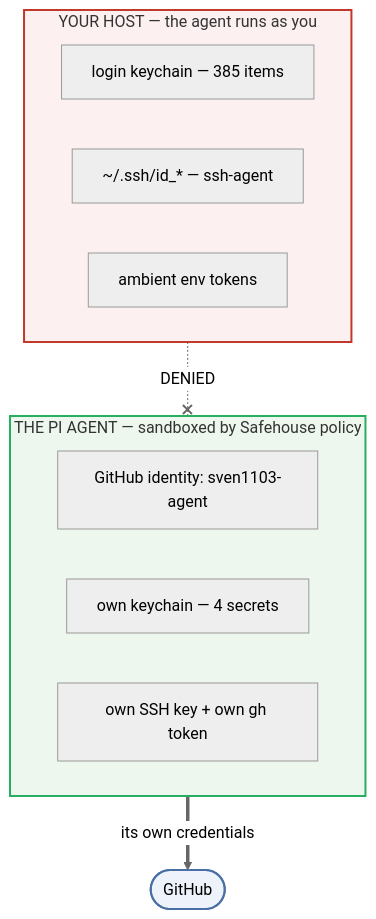
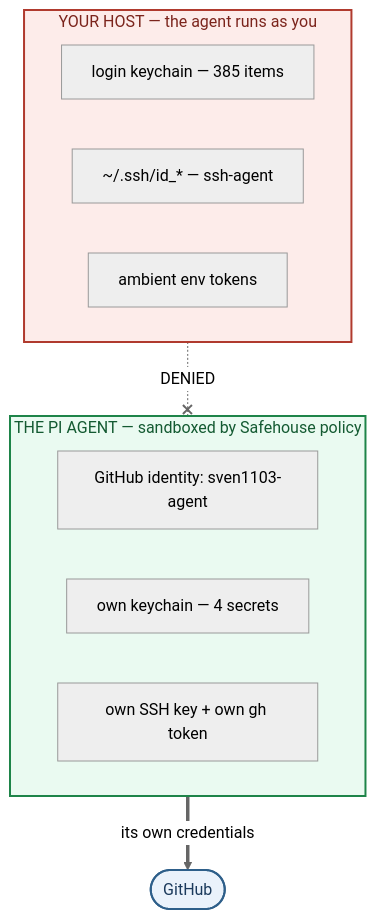
Before and after one commit to sven1103-agent/pi-sandbox-hardening: the first of 2 diagrams in README.md, drawn with Mermaid (neutral theme). The commit also changed other lines of this file, not shown here.

Commit message:
README: fix unreadable Mermaid labels in dark mode
Both figures set `fill:` on their styled nodes but never `color:`, so the
label text came from the theme. GitHub's dark theme renders it near-white,
on the light fills — measured from the supplied screenshots:

  YOUR HOST   subgraph title  white on #fdf0f0  ->  1.10:1
  THE PI AGENT subgraph title white on #eef7ee  ->  1.08:1
  GitHub       node label     white on #eef2fb  ->  1.00:1
  (unstyled card text, for contrast:              14.66:1)

WCAG AA wants 4.5:1, so the subgraph titles and the GitHub label were
effectively invisible, and the figures read as broken rather than dimmed.

Fix: pin `color:` on every styled element, so the text is themed
explicitly rather than inherited. Re-measured after rendering both figures
with mermaid-cli in dark AND light mode:

  dark   HOST title 16.55:1 · AGENT title 17.52:1 · safehouse 10.29:1
         grants 7.66:1 · launcher 7.66:1
  light  HOST title  8.70:1 · AGENT title  7.66:1

Fills are nudged slightly lighter and strokes darker, keeping the same
red/green/blue semantics. Both themes now clear AA comfortably.

````diff
--- a/README.md
+++ b/README.md
@@ -21,20 +21,20 @@
 ```mermaid
 flowchart TB
   subgraph HOST["YOUR HOST — the agent runs as you"]
     direction LR
     K1["login keychain — 385 items"]
     K2["~/.ssh/id_* — ssh-agent"]
     K3["ambient env tokens"]
   end
   subgraph AG["THE PI AGENT — sandboxed by Safehouse policy"]
     direction LR
     G1["GitHub identity: sven1103-agent"]
     G2["own keychain — 4 secrets"]
     G3["own SSH key + own gh token"]
   end
   HOST -. "DENIED" .-x AG
   AG ==>|"its own credentials"| GH(["GitHub"])
-  style HOST fill:#fdf0f0,stroke:#c0392b,stroke-width:2px
-  style AG fill:#eef7ee,stroke:#27ae60,stroke-width:2px
-  style GH fill:#eef2fb,stroke:#4a6fa5,stroke-width:2px
+  style HOST fill:#fdecea,stroke:#b03a2e,stroke-width:2px,color:#7b241c
+  style AG fill:#eafaf1,stroke:#1e8449,stroke-width:2px,color:#145a32
+  style GH fill:#eaf2fb,stroke:#2e5f8a,stroke-width:2px,color:#1b3a5c
 ```
````
